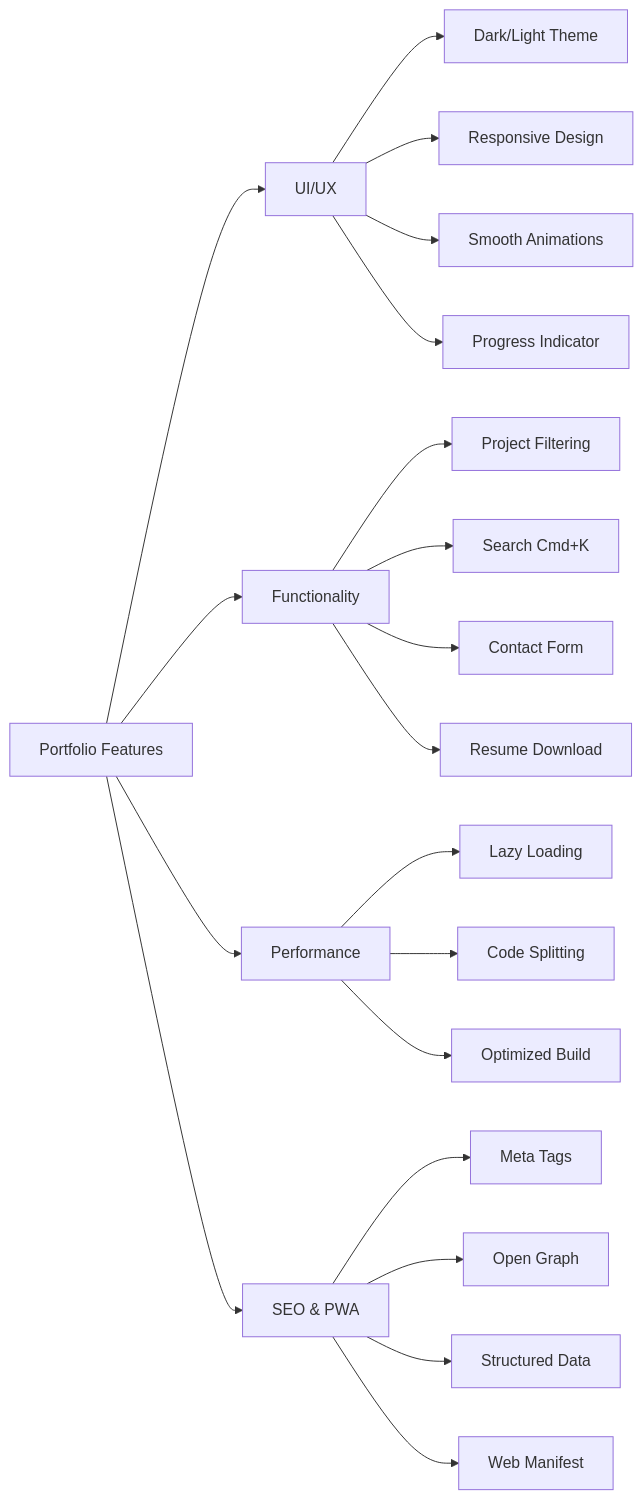
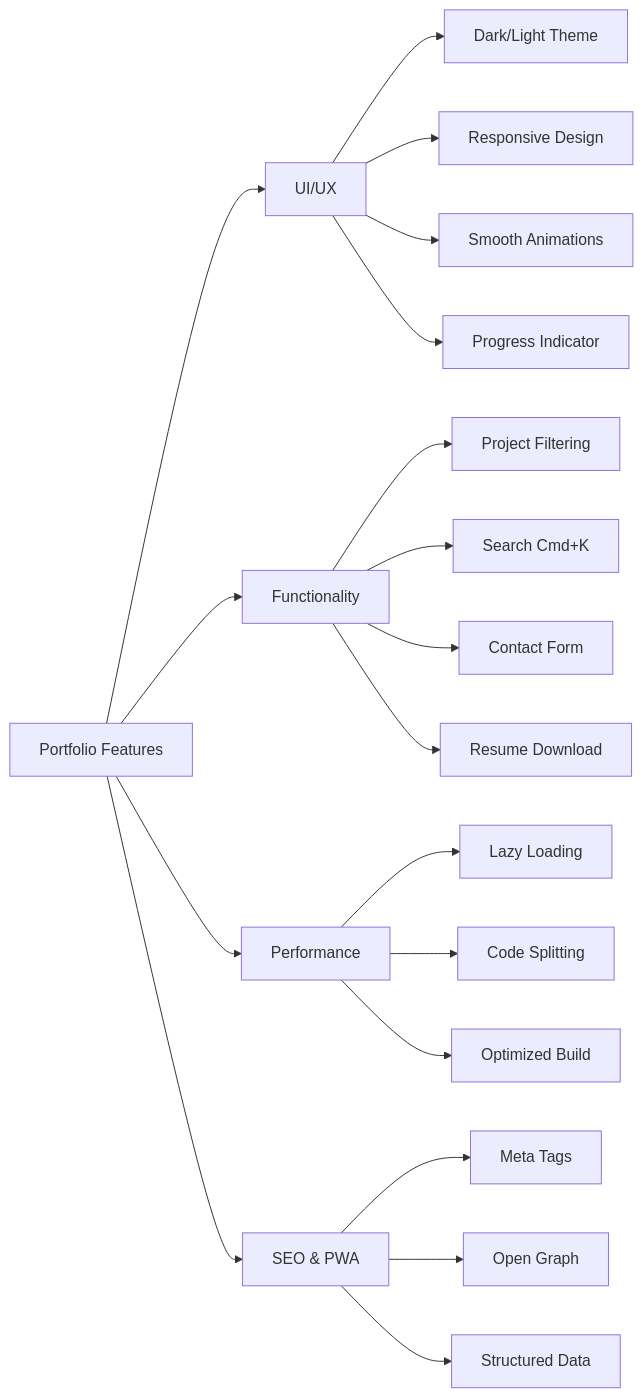
Before and after one commit to girijashankarj/portfolio: the first of 5 diagrams in README.md, drawn with Mermaid. The commit also changed other lines of this file and 2 other files, not shown here.

````diff
--- a/README.md
+++ b/README.md
@@ -44,26 +44,25 @@
 ```mermaid
 graph LR
     A[Portfolio Features] --> B[UI/UX]
     A --> C[Functionality]
     A --> D[Performance]
     A --> E[SEO & PWA]
     
     B --> B1[Dark/Light Theme]
     B --> B2[Responsive Design]
     B --> B3[Smooth Animations]
     B --> B4[Progress Indicator]
     
     C --> C1[Project Filtering]
     C --> C2[Search Cmd+K]
     C --> C3[Contact Form]
     C --> C4[Resume Download]
     
     D --> D1[Lazy Loading]
     D --> D2[Code Splitting]
     D --> D3[Optimized Build]
     
     E --> E1[Meta Tags]
     E --> E2[Open Graph]
     E --> E3[Structured Data]
-    E --> E4[Web Manifest]
 ```
````
